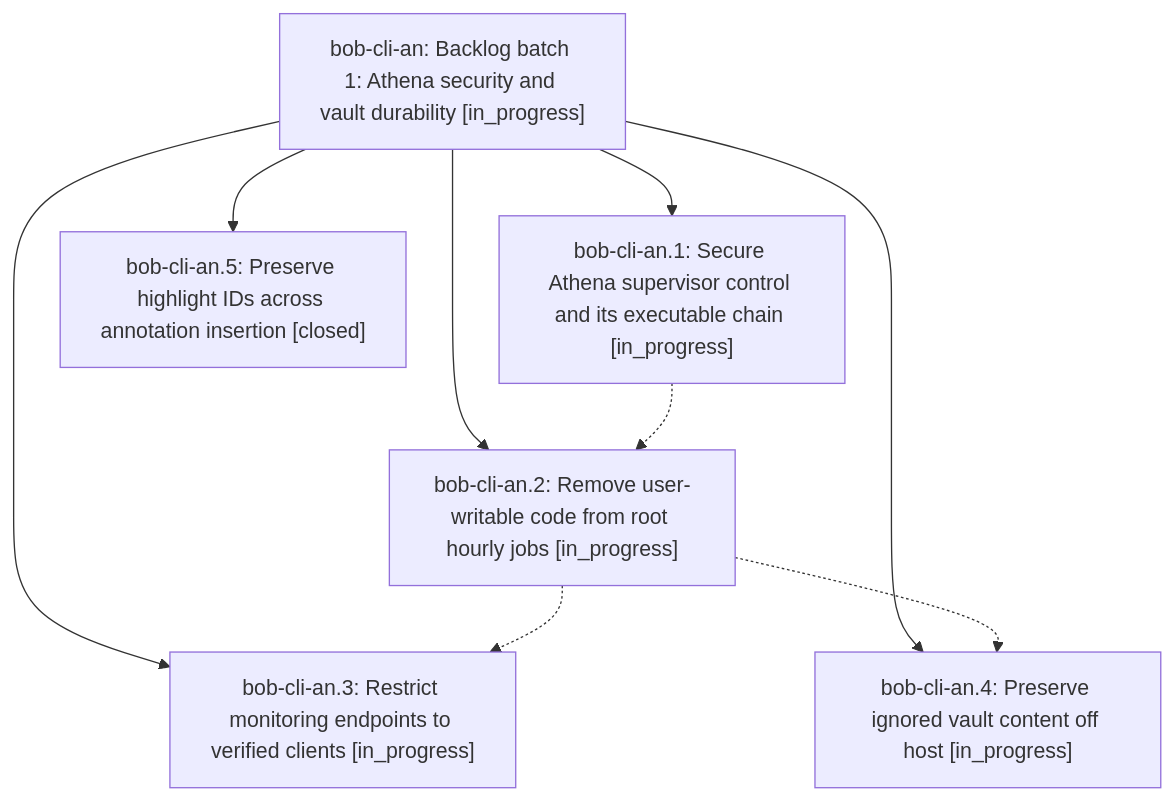
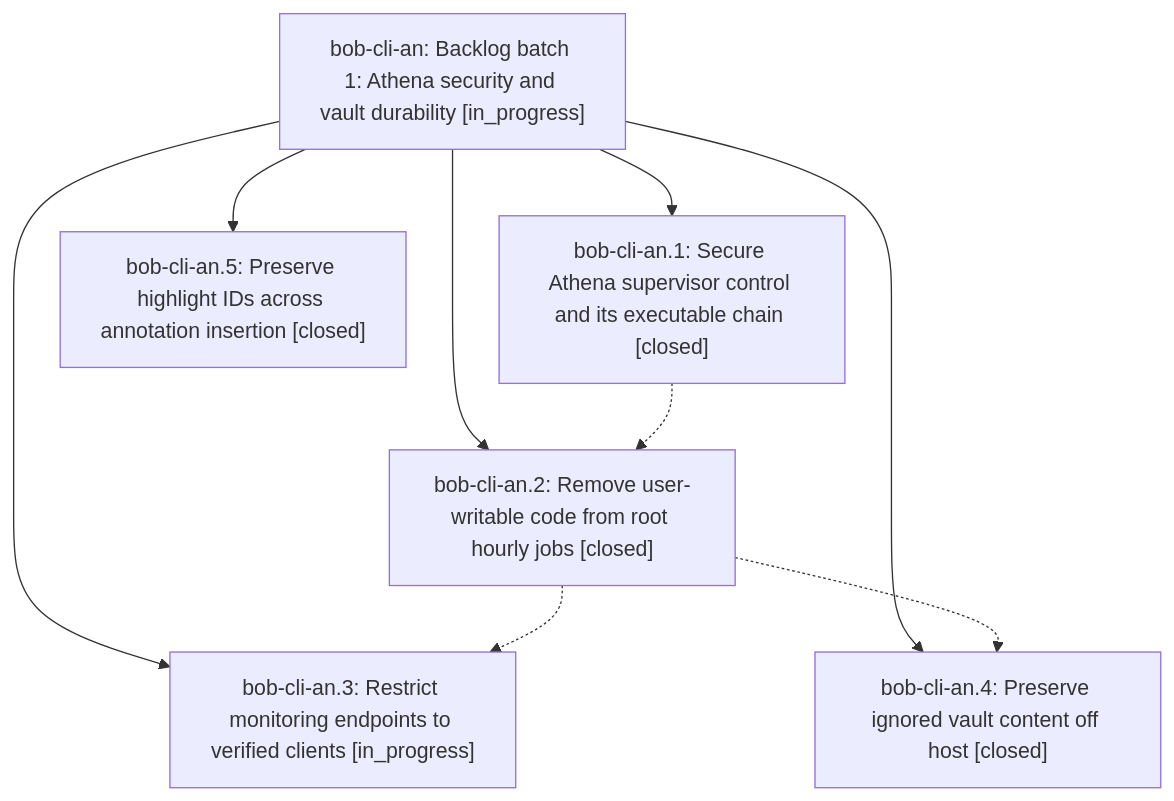
Before and after one commit to bobs-org/bob-cli--beads: the diagram in pages/bob-cli-an/README.md, drawn with Mermaid. The commit also changed other lines of this file and 5 other files, not shown here.

First line of the commit message:
chore(beads): sync bead state and pages for bob-cli-an

````diff
--- a/pages/bob-cli-an/README.md
+++ b/pages/bob-cli-an/README.md
@@ -38,17 +40,17 @@
 ```mermaid
 flowchart TD
     n0["bob-cli-an: Backlog batch 1: Athena security and vault durability [in_progress]"]
-    n1["bob-cli-an.1: Secure Athena supervisor control and its executable chain [in_progress]"]
-    n2["bob-cli-an.2: Remove user-writable code from root hourly jobs [in_progress]"]
+    n1["bob-cli-an.1: Secure Athena supervisor control and its executable chain [closed]"]
+    n2["bob-cli-an.2: Remove user-writable code from root hourly jobs [closed]"]
     n3["bob-cli-an.3: Restrict monitoring endpoints to verified clients [in_progress]"]
-    n4["bob-cli-an.4: Preserve ignored vault content off host [in_progress]"]
+    n4["bob-cli-an.4: Preserve ignored vault content off host [closed]"]
     n5["bob-cli-an.5: Preserve highlight IDs across annotation insertion [closed]"]
     n0 --> n1
     n0 --> n2
     n0 --> n3
     n0 --> n4
     n0 --> n5
     n1 -.-> n2
     n2 -.-> n3
     n2 -.-> n4
 ```
````
